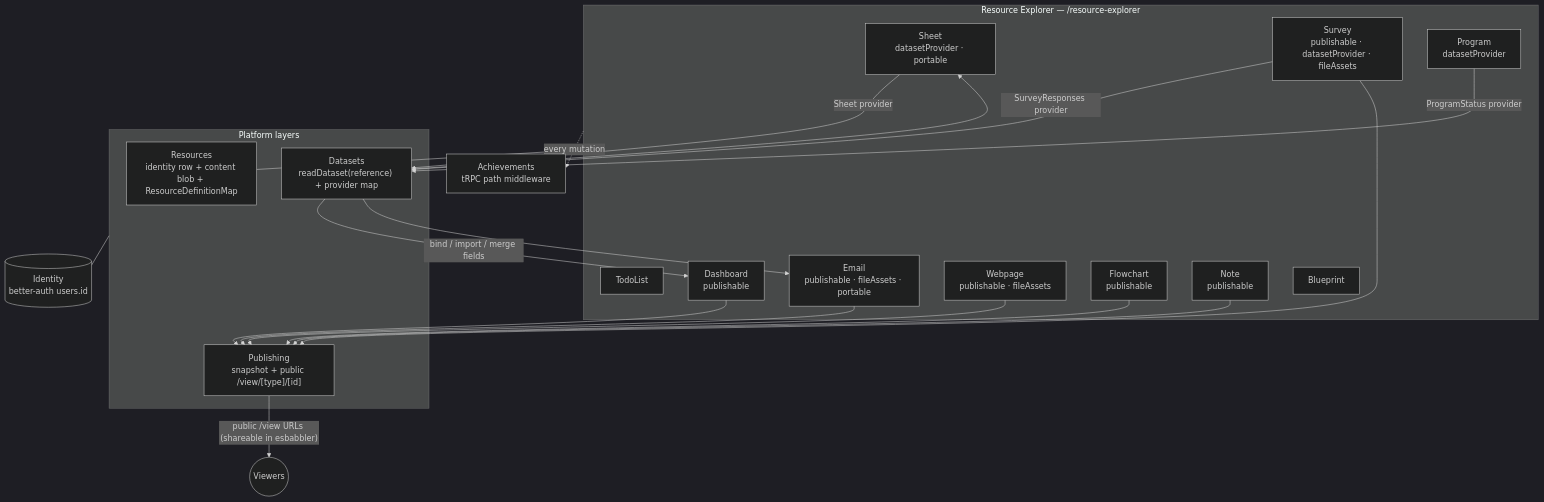
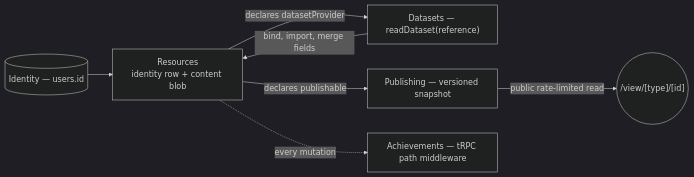
Before and after one commit to Esposter/Esposter: the first of 2 diagrams in packages/app/content/docs/architecture/platform.md, drawn with Mermaid (dark theme). The commit also changed 8 other files, not shown here.

````diff
--- a/packages/app/content/docs/architecture/platform.md
+++ b/packages/app/content/docs/architecture/platform.md
@@ -26,41 +26,9 @@
 ```mermaid
-flowchart TB
-  subgraph explorer [Resource Explorer — /resource-explorer]
-    SHEET[Sheet<br/>datasetProvider · portable]
-    SURVEY[Survey<br/>publishable · datasetProvider · fileAssets]
-    TODO[TodoList]
-    DASH[Dashboard<br/>publishable]
-    EMAIL[Email<br/>publishable · fileAssets · portable]
-    WEB[Webpage<br/>publishable · fileAssets]
-    FLOW[Flowchart<br/>publishable]
-    NOTE[Note<br/>publishable]
-    PROG[Program<br/>datasetProvider]
-    BP[Blueprint]
-  end
-
-  subgraph platform [Platform layers]
-    RES["Resources<br/>identity row + content blob + ResourceDefinitionMap"]
-    DS["Datasets<br/>readDataset(reference) + provider map"]
-    PUB["Publishing<br/>snapshot + public /view/[type]/[id]"]
-  end
-
-  explorer --- RES
-  SHEET -- Sheet provider --> DS
-  SURVEY -- SurveyResponses provider --> DS
-  PROG -- ProgramStatus provider --> DS
-  DS -- bind / import / merge fields --> DASH
-  DS --> SHEET
-  DS --> EMAIL
-  SURVEY --> PUB
-  DASH --> PUB
-  WEB --> PUB
-  EMAIL --> PUB
-  FLOW --> PUB
-  NOTE --> PUB
-  PUB -- "public /view URLs (shareable in esbabbler)" --> WORLD((Viewers))
-
-  ACH[Achievements<br/>tRPC path middleware]
-  ID[(Identity<br/>better-auth users.id)]
-  platform --- ID
-  explorer -. every mutation .-> ACH
+flowchart LR
+  ID[("Identity — users.id")] --> RES["Resources<br/>identity row + content blob"]
+  RES -->|"declares datasetProvider"| DS["Datasets — readDataset(reference)"]
+  DS -->|"bind, import, merge fields"| RES
+  RES -->|"declares publishable"| PUB["Publishing — versioned snapshot"]
+  PUB -->|"public rate-limited read"| WORLD(("/view/[type]/[id]"))
+  RES -. "every mutation" .-> ACH["Achievements — tRPC path middleware"]
 ```
````
